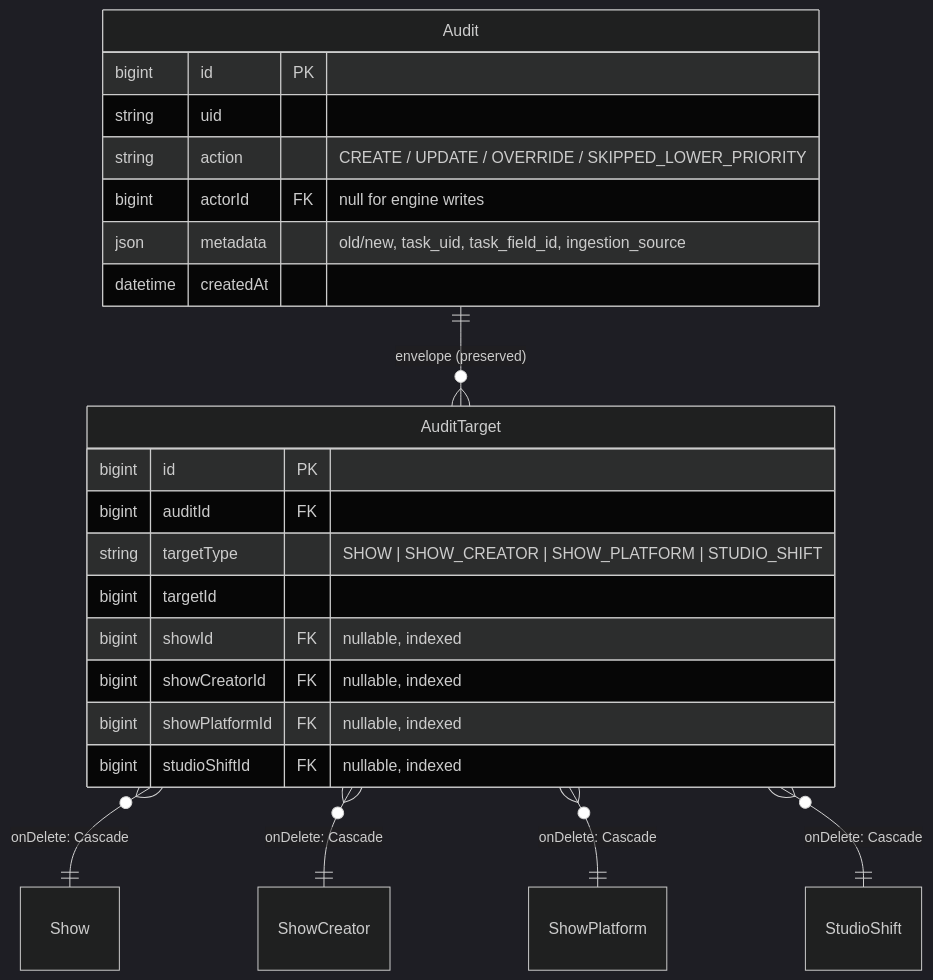
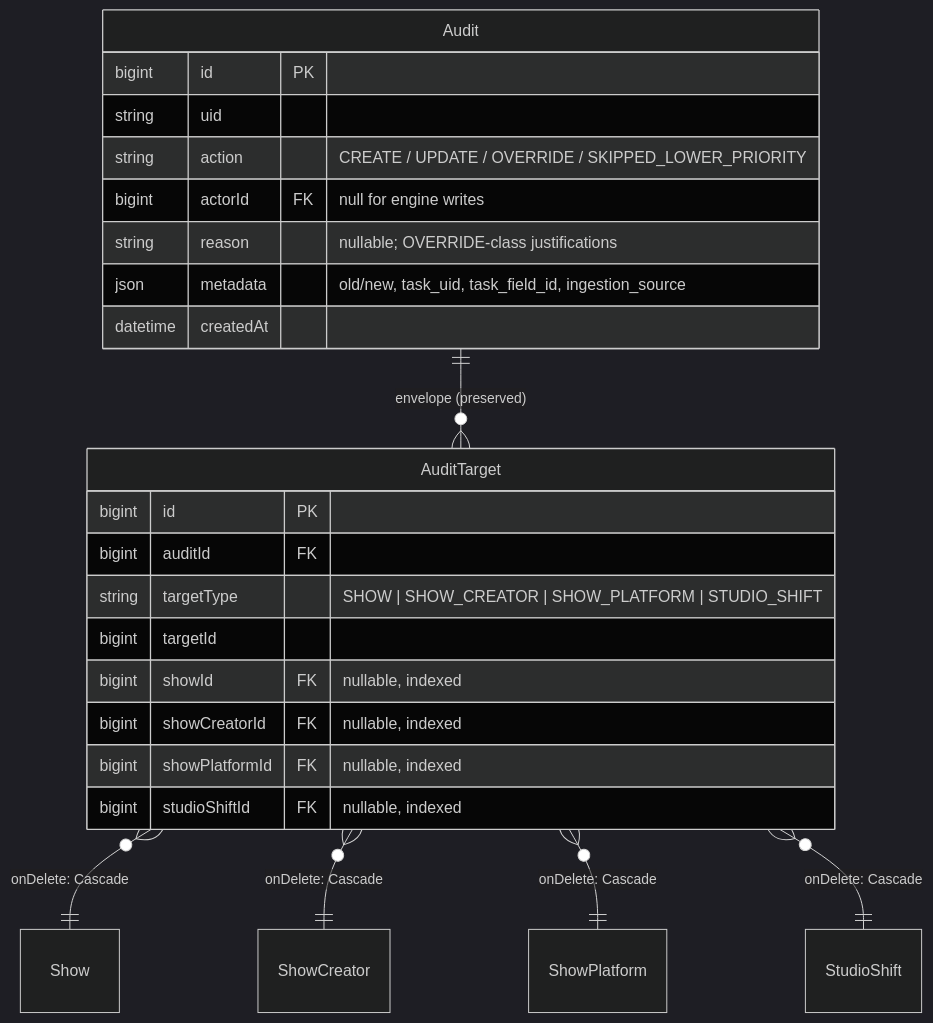
One commit to allenlin90/eridu-services changed the second of 5 diagrams in apps/erify_api/docs/design/TASK_INPUT_FACT_BINDING_DESIGN.md. Above: the diagram before and after it, drawn with Mermaid (dark theme). The commit also changed other lines of this file and 18 other files, not shown here.

````diff
--- a/apps/erify_api/docs/design/TASK_INPUT_FACT_BINDING_DESIGN.md
+++ b/apps/erify_api/docs/design/TASK_INPUT_FACT_BINDING_DESIGN.md
@@ -123,27 +125,28 @@
 ```mermaid
 erDiagram
     Audit ||--o{ AuditTarget : "envelope (preserved)"
     AuditTarget }o--|| Show : "onDelete: Cascade"
     AuditTarget }o--|| ShowCreator : "onDelete: Cascade"
     AuditTarget }o--|| ShowPlatform : "onDelete: Cascade"
     AuditTarget }o--|| StudioShift : "onDelete: Cascade"
 
     Audit {
       bigint id PK
       string uid
       string action "CREATE / UPDATE / OVERRIDE / SKIPPED_LOWER_PRIORITY"
       bigint actorId FK "null for engine writes"
+      string reason "nullable; OVERRIDE-class justifications"
       json metadata "old/new, task_uid, task_field_id, ingestion_source"
       datetime createdAt
     }
     AuditTarget {
       bigint id PK
       bigint auditId FK
       string targetType "SHOW | SHOW_CREATOR | SHOW_PLATFORM | STUDIO_SHIFT"
       bigint targetId
       bigint showId FK "nullable, indexed"
       bigint showCreatorId FK "nullable, indexed"
       bigint showPlatformId FK "nullable, indexed"
       bigint studioShiftId FK "nullable, indexed"
     }
 ```
````
